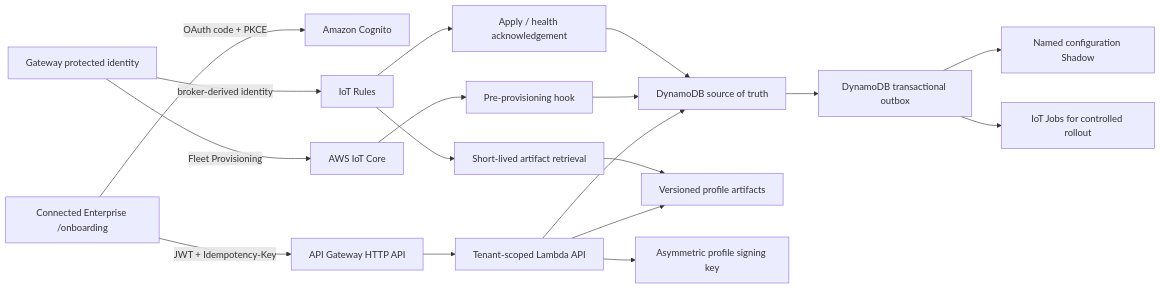
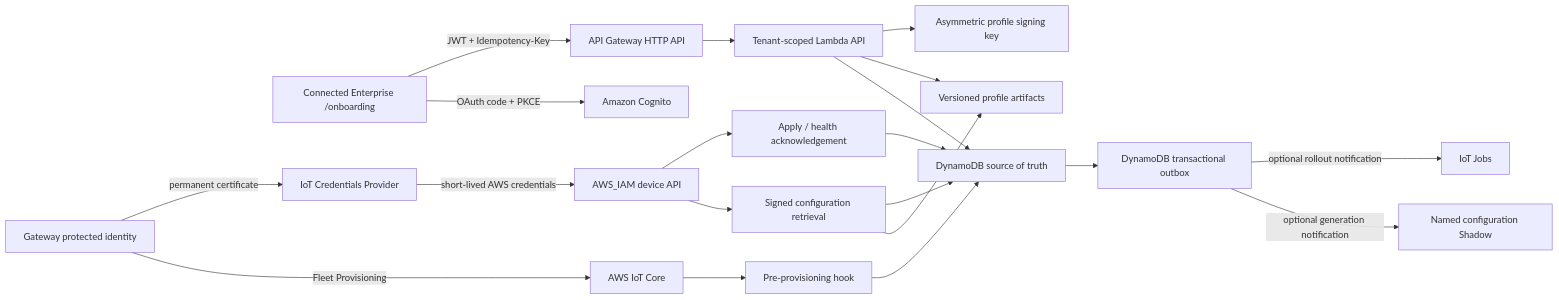
Before and after one commit to HarishPRK/Connected-Enterprise: the diagram in docs/AWS_ONBOARDING.md, drawn with Mermaid. The commit also changed other lines of this file and 11 other files, not shown here.

Commit message:
feat: complete gateway configuration over HTTPS

````diff
--- a/docs/AWS_ONBOARDING.md
+++ b/docs/AWS_ONBOARDING.md
@@ -7,21 +7,23 @@
 ```mermaid
 flowchart LR
   UI["Connected Enterprise /onboarding"] -->|"OAuth code + PKCE"| Cognito["Amazon Cognito"]
   UI -->|"JWT + Idempotency-Key"| API["API Gateway HTTP API"]
   API --> Lambda["Tenant-scoped Lambda API"]
   Lambda --> DDB["DynamoDB source of truth"]
   Lambda --> S3["Versioned profile artifacts"]
   Lambda --> KMS["Asymmetric profile signing key"]
 
   Gateway["Gateway protected identity"] -->|"Fleet Provisioning"| IoT["AWS IoT Core"]
   IoT --> Hook["Pre-provisioning hook"]
   Hook --> DDB
   DDB --> Outbox["DynamoDB transactional outbox"]
-  Outbox --> Shadow["Named configuration Shadow"]
-  Outbox --> Jobs["IoT Jobs for controlled rollout"]
-  Gateway -->|"broker-derived identity"| Rules["IoT Rules"]
-  Rules --> Config["Short-lived artifact retrieval"]
-  Rules --> Status["Apply / health acknowledgement"]
+  Outbox -->|"optional generation notification"| Shadow["Named configuration Shadow"]
+  Outbox -->|"optional rollout notification"| Jobs["IoT Jobs"]
+  Gateway -->|"permanent certificate"| Provider["IoT Credentials Provider"]
+  Provider -->|"short-lived AWS credentials"| DeviceAPI["AWS_IAM device API"]
+  DeviceAPI --> Config["Signed configuration retrieval"]
+  DeviceAPI --> Status["Apply / health acknowledgement"]
   Config --> S3
+  Config --> DDB
   Status --> DDB
 ```
````
